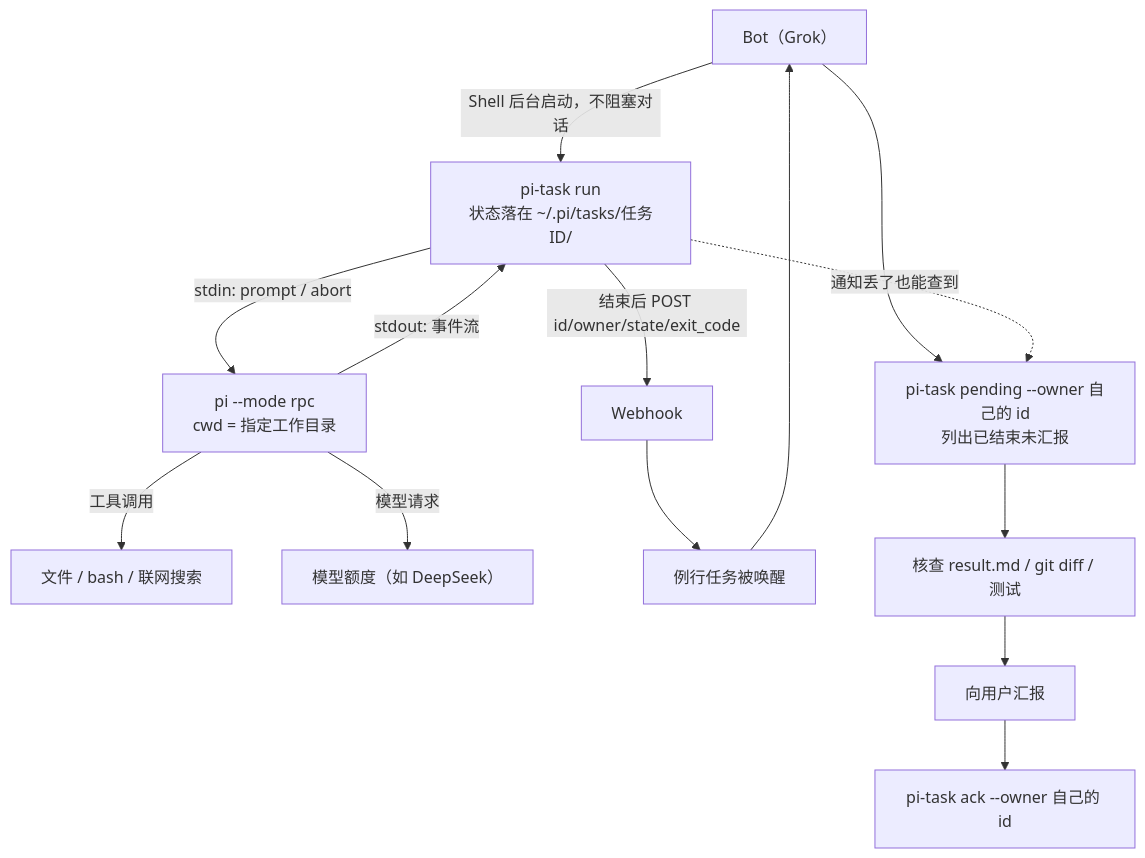
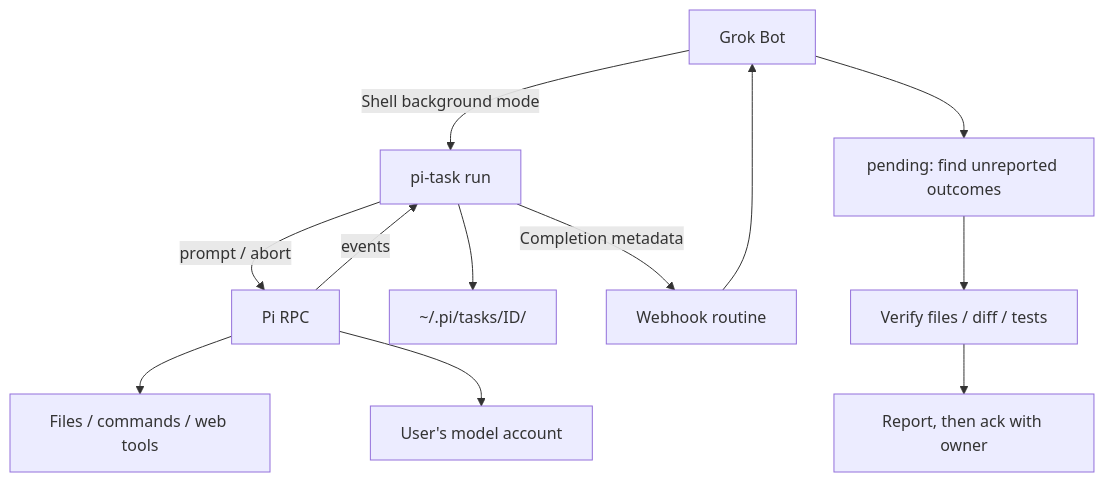
The diagram in docs/setup-guide.md (robbin/grokbot-local-agent), drawn with Mermaid before and after one commit. The commit also changed other lines of this file and 8 other files, not shown here.

````diff
--- a/docs/setup-guide.md
+++ b/docs/setup-guide.md
@@ -12,16 +19,14 @@
 ```mermaid
 flowchart TD
-  B["Bot（Grok）"] -->|"Shell 后台启动，不阻塞对话"| T["pi-task run<br/>状态落在 ~/.pi/tasks/任务ID/"]
-  T -->|"stdin: prompt / abort"| P["pi --mode rpc<br/>cwd = 指定工作目录"]
-  P -->|"工具调用"| F["文件 / bash / 联网搜索"]
-  P -->|"模型请求"| M["模型额度（如 DeepSeek）"]
-  P -->|"stdout: 事件流"| T
-  T -->|"结束后 POST id/owner/state/exit_code"| W["Webhook"]
-  W --> R["例行任务被唤醒"]
-  R --> B
-  B --> Q["pi-task pending --owner 自己的 id<br/>列出已结束未汇报"]
-  Q --> V["核查 result.md / git diff / 测试"]
-  V --> S["向用户汇报"]
-  S --> A["pi-task ack --owner 自己的 id"]
-  T -.->|"通知丢了也能查到"| Q
+  B["Grok Bot"] -->|"Shell background mode"| T["pi-task run"]
+  T -->|"prompt / abort"| P["Pi RPC"]
+  P --> F["Files / commands / web tools"]
+  P --> M["User's model account"]
+  P -->|"events"| T
+  T --> D["~/.pi/tasks/ID/"]
+  T -->|"Completion metadata"| W["Webhook routine"]
+  W --> B
+  B --> Q["pending: find unreported outcomes"]
+  Q --> V["Verify files / diff / tests"]
+  V --> R["Report, then ack with owner"]
 ```
````
